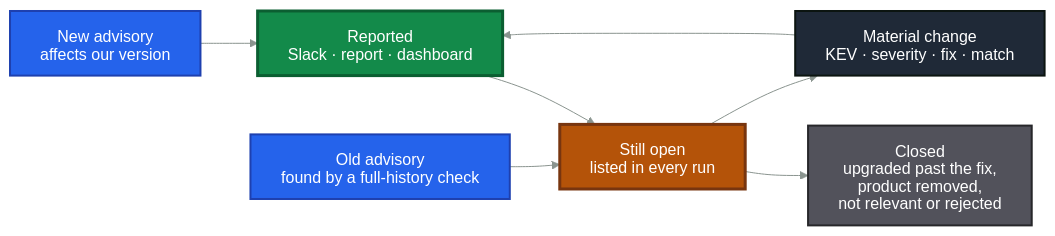
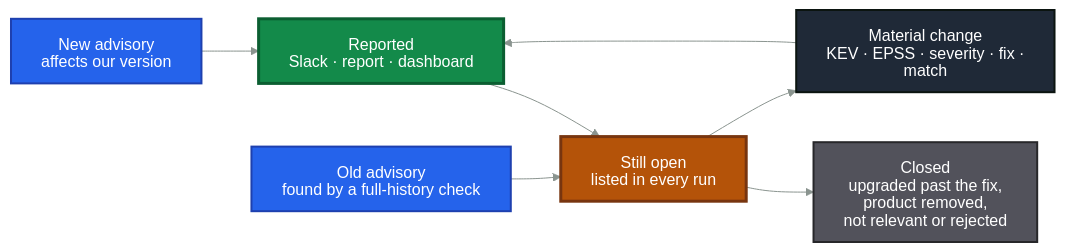
One commit to vasops/vulnwatch changed the second of 2 diagrams in docs/how-it-works.md. Above: the diagram before and after it, drawn with Mermaid. The commit also changed other lines of this file, not shown here.

Commit message:
docs(docs): Describe the EPSS re-check of open findings

````diff
--- a/docs/how-it-works.md
+++ b/docs/how-it-works.md
@@ -100,24 +101,24 @@
 ```mermaid
 %%{init: {"htmlLabels": false, "flowchart": {"htmlLabels": false}, "theme": "base", "themeVariables": {"lineColor": "#8A948F", "titleColor": "#FFFFFF", "primaryTextColor": "#FFFFFF", "textColor": "#7A8781"}}}%%
 flowchart LR
   newadv["New advisory<br/>affects our version"] --> reported["Reported<br/>Slack · report · dashboard"]
   oldadv["Old advisory<br/>found by a full-history check"] --> open
   reported --> open["Still open<br/>listed in every run"]
-  open --> change["Material change<br/>KEV · severity · fix · match"]
+  open --> change["Material change<br/>KEV · EPSS · severity · fix · match"]
   change --> reported
   open --> closed["Closed<br/>upgraded past the fix,<br/>product removed,<br/>not relevant or rejected"]
 
   classDef input fill:#2563EB,stroke:#1E40AF,stroke-width:2px,color:#FFFFFF
   classDef source fill:#B45309,stroke:#78350F,stroke-width:2px,color:#FFFFFF
   classDef core fill:#138A4A,stroke:#0B5E31,stroke-width:3px,color:#FFFFFF,font-weight:bold
   classDef output fill:#15803D,stroke:#14532D,stroke-width:2px,color:#FFFFFF
   classDef support fill:#6D28D9,stroke:#4C1D95,stroke-width:2px,color:#FFFFFF
   classDef muted fill:#52525B,stroke:#27272A,stroke-width:2px,color:#FFFFFF
   classDef decision fill:#1F2937,stroke:#0B1410,stroke-width:2px,color:#FFFFFF
   classDef open fill:#B45309,stroke:#78350F,stroke-width:3px,color:#FFFFFF,font-weight:bold
   class newadv,oldadv input
   class reported core
   class open open
   class change decision
   class closed muted
 ```
````
